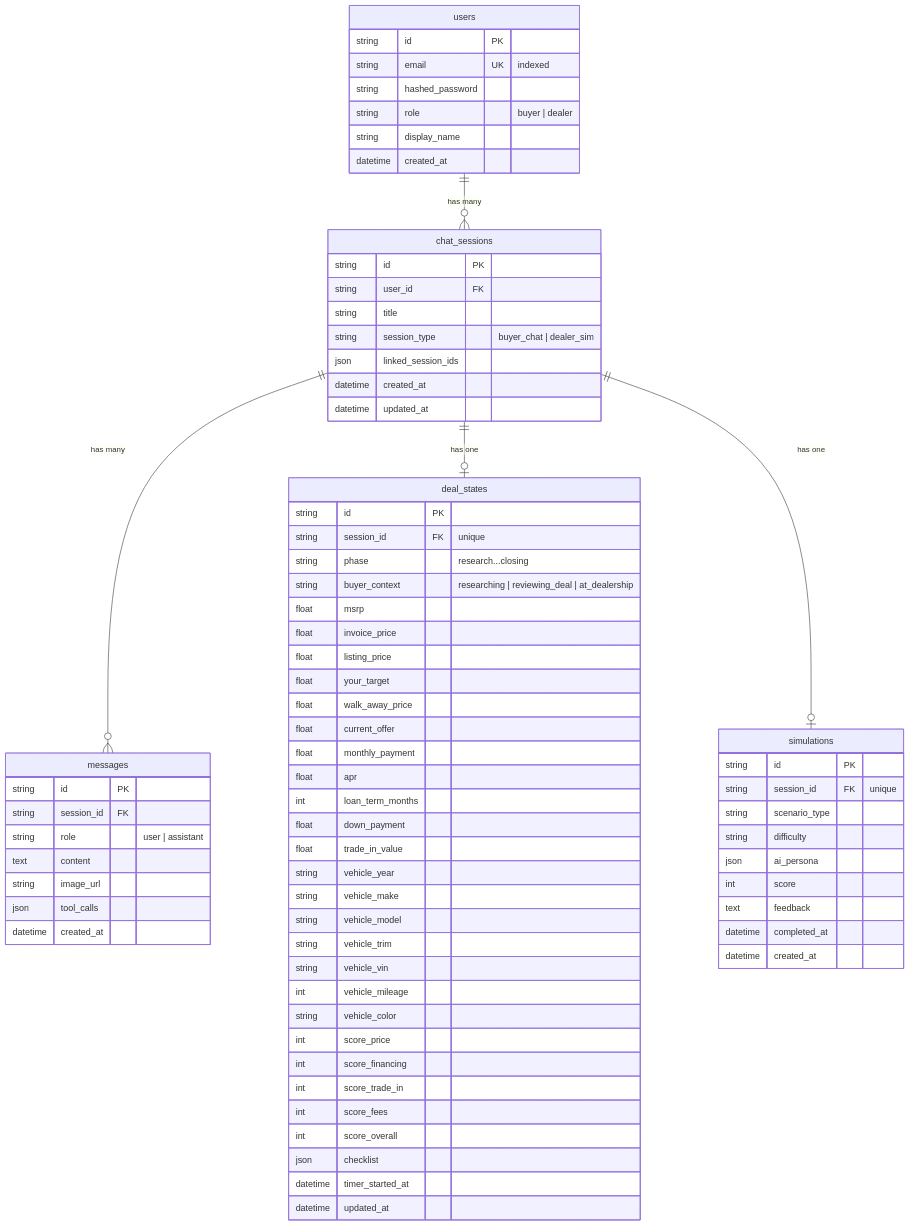
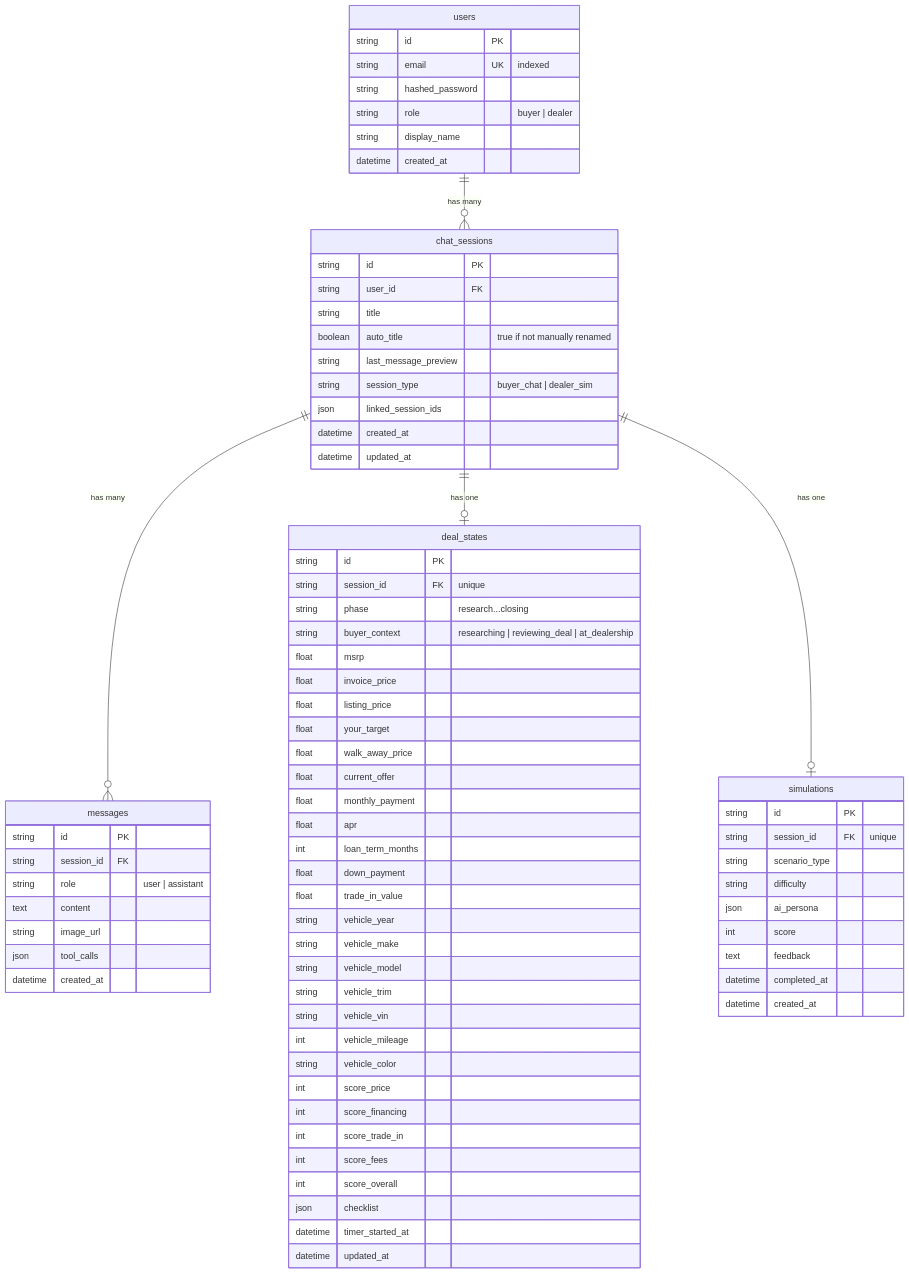
Before and after one commit to kramersmith/dealership-ai: the second of 2 diagrams in docs/TRD.md, drawn with Mermaid. The commit also changed other lines of this file and 33 other files, not shown here.

```diff
--- a/docs/TRD.md
+++ b/docs/TRD.md
@@ -309,6 +310,8 @@
         string id PK
         string user_id FK
         string title
+        boolean auto_title "true if not manually renamed"
+        string last_message_preview
         string session_type "buyer_chat | dealer_sim"
         json linked_session_ids
         datetime created_at
```
